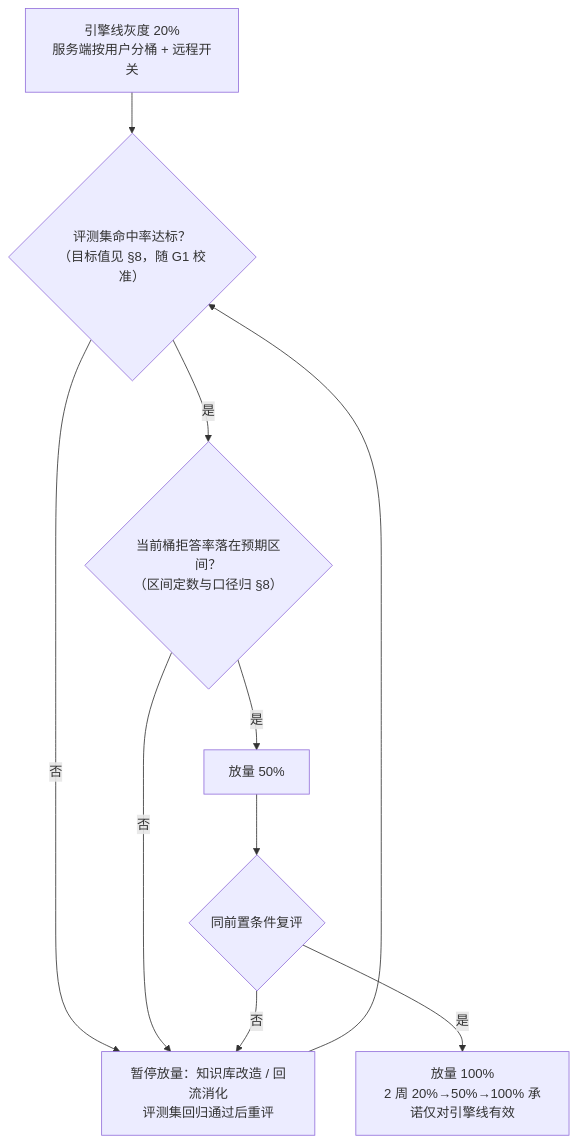
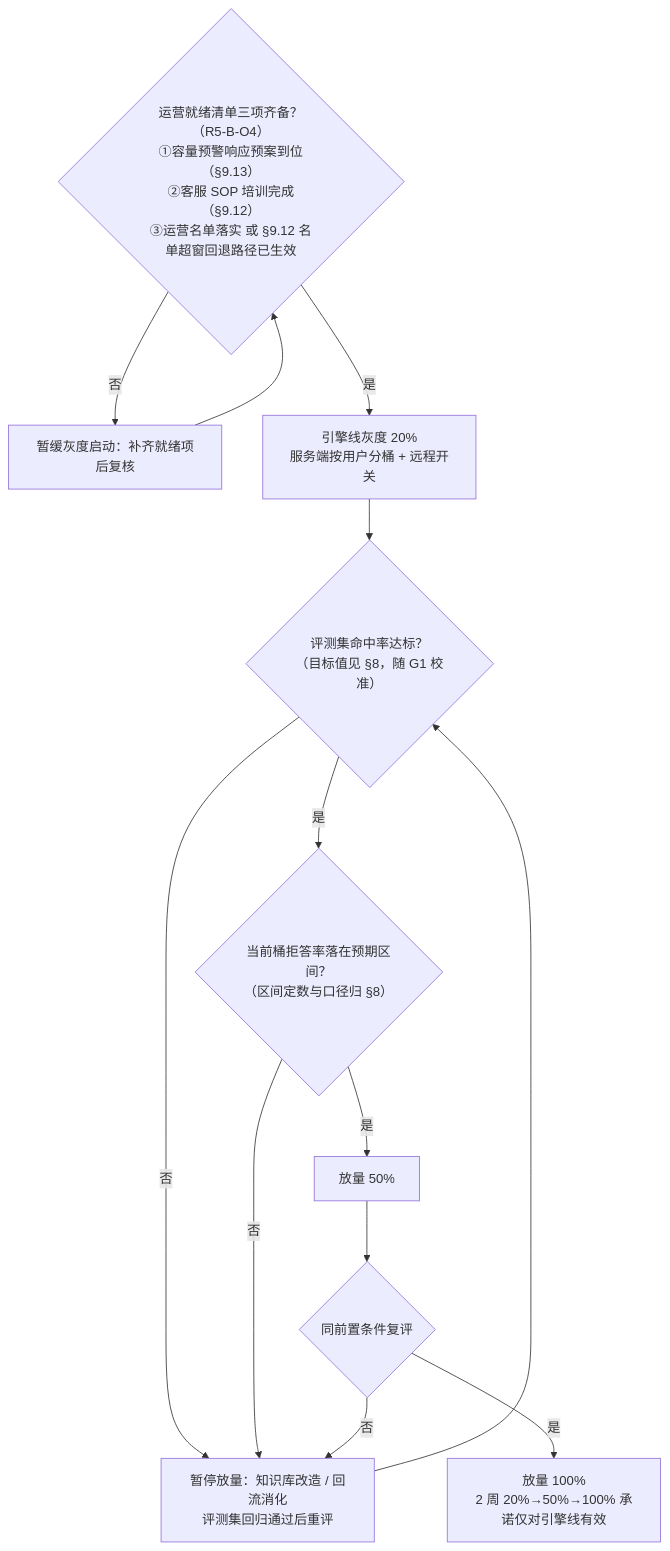
The seventh of 7 diagrams in COOLFLY智能客服/output/PRD详细版.md (ChangMing-Luo/COOLFLY-AISupportAgent), drawn with Mermaid before and after one commit. The commit also changed other lines of this file and 4 other files, not shown here.

````diff
--- a/COOLFLY智能客服/output/PRD详细版.md
+++ b/COOLFLY智能客服/output/PRD详细版.md
@@ -866,12 +881,14 @@
 ```mermaid
 flowchart TD
-    G0["引擎线灰度 20%<br/>服务端按用户分桶 + 远程开关"] --> C1{"评测集命中率达标？<br/>（目标值见 §8，随 G1 校准）"}
+    C0{"运营就绪清单三项齐备？（R5-B-O4）<br/>①容量预警响应预案到位（§9.13）<br/>②客服 SOP 培训完成（§9.12）<br/>③运营名单落实 或 §9.12 名单超窗回退路径已生效"} -->|"否"| OPH["暂缓灰度启动：补齐就绪项后复核"]
+    OPH --> C0
+    C0 -->|"是"| G0["引擎线灰度 20%<br/>服务端按用户分桶 + 远程开关"] --> C1{"评测集命中率达标？<br/>（目标值见 §8，随 G1 校准）"}
     C1 -->|"否"| HOLD["暂停放量：知识库改造 / 回流消化<br/>评测集回归通过后重评"]
     C1 -->|"是"| C2{"当前桶拒答率落在预期区间？<br/>（区间定数与口径归 §8）"}
     C2 -->|"否"| HOLD
     HOLD --> C1
     C2 -->|"是"| G50["放量 50%"]
     G50 --> C3{"同前置条件复评"}
     C3 -->|"否"| HOLD
     C3 -->|"是"| G100["放量 100%<br/>2 周 20%→50%→100% 承诺仅对引擎线有效"]
 ```
````
